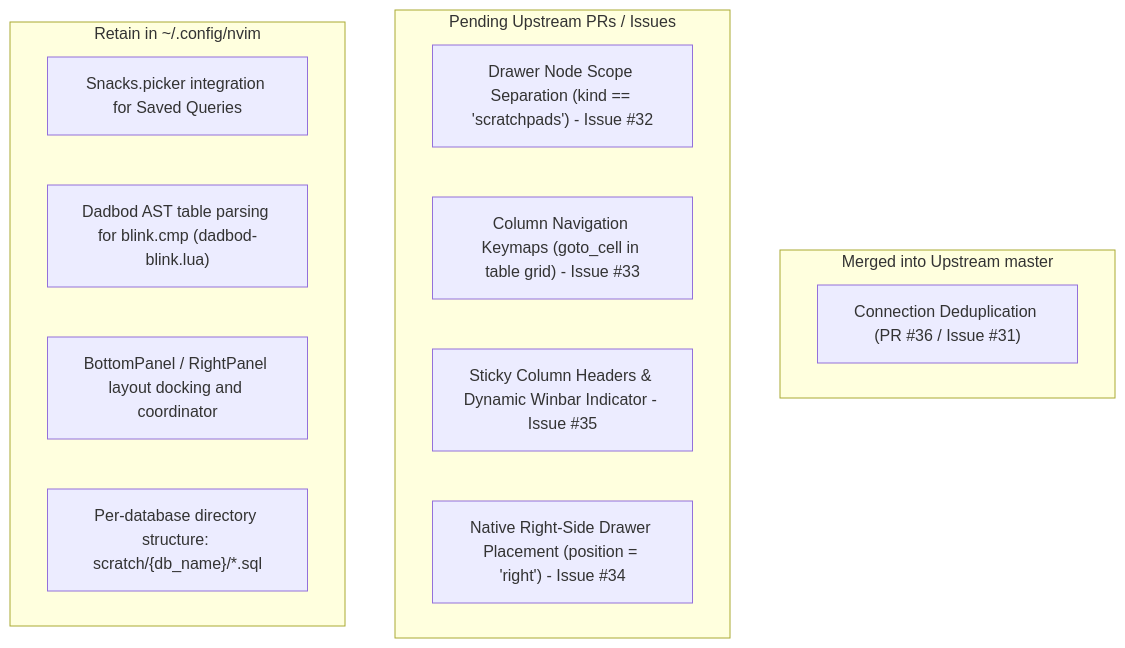
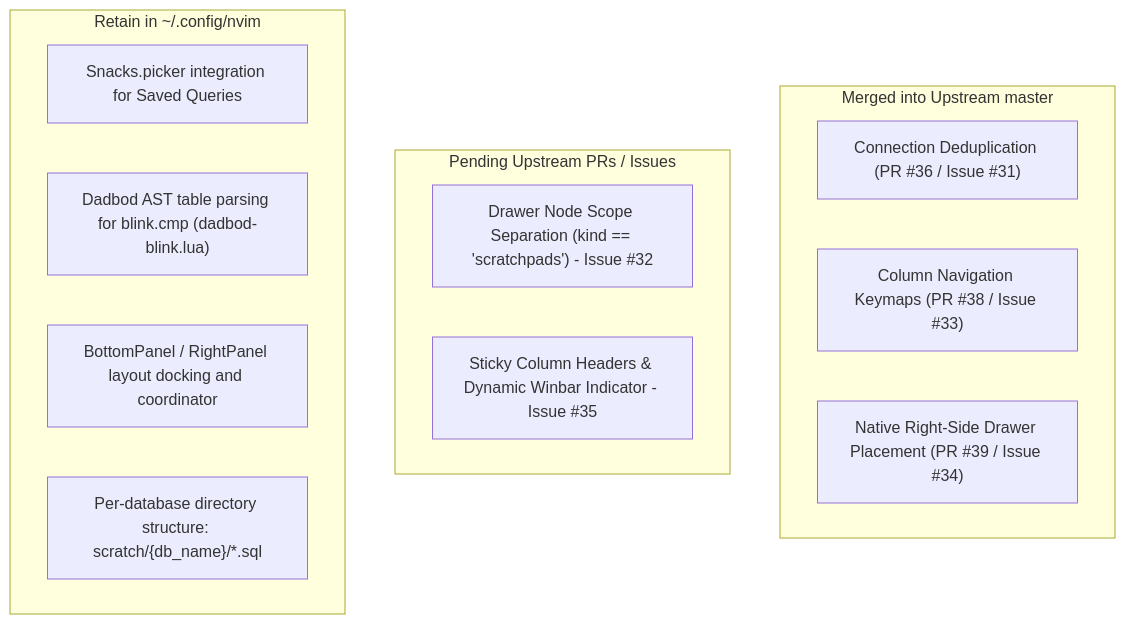
The diagram in database_agent.md (george-tk/nvim), drawn with Mermaid before and after one commit. The commit also changed other lines of this file and 1 other file, not shown here.

````diff
--- a/database_agent.md
+++ b/database_agent.md
@@ -34,20 +34,20 @@
 ```mermaid
 flowchart TD
     subgraph Resolved Upstream [Merged into Upstream master]
         A["Connection Deduplication (PR #36 / Issue #31)"]
+        C["Column Navigation Keymaps (PR #38 / Issue #33)"]
+        I["Native Right-Side Drawer Placement (PR #39 / Issue #34)"]
     end
 
     subgraph Upstream Candidates [Pending Upstream PRs / Issues]
         B["Drawer Node Scope Separation (kind == 'scratchpads') - Issue #32"]
-        C["Column Navigation Keymaps (goto_cell in table grid) - Issue #33"]
         D["Sticky Column Headers & Dynamic Winbar Indicator - Issue #35"]
-        I["Native Right-Side Drawer Placement (position = 'right') - Issue #34"]
     end
 
     subgraph User Config Integrations [Retain in ~/.config/nvim]
         E["Snacks.picker integration for Saved Queries"]
         F["Dadbod AST table parsing for blink.cmp (dadbod-blink.lua)"]
         G["BottomPanel / RightPanel layout docking and coordinator"]
         H["Per-database directory structure: scratch/{db_name}/*.sql"]
     end
 ```
````
